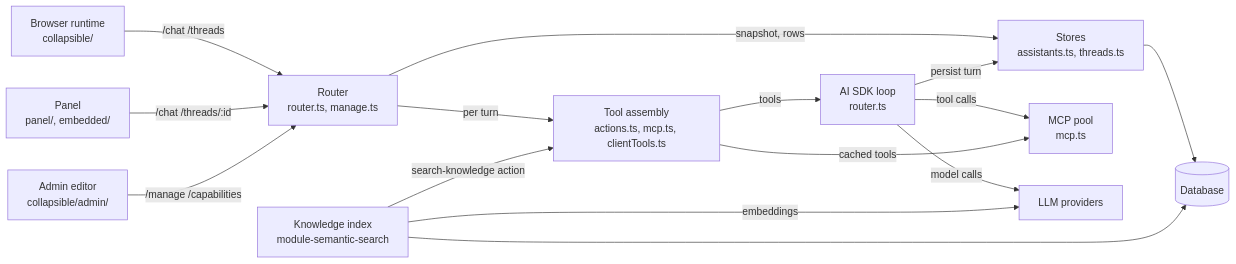
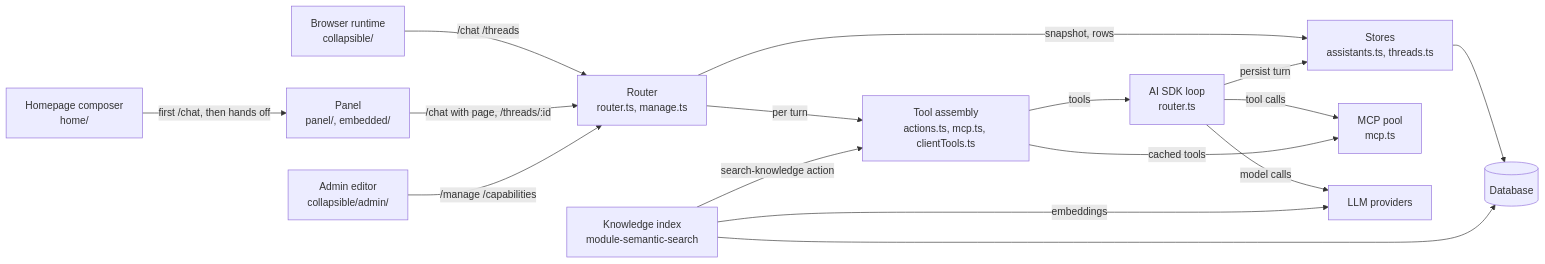
The first of 7 diagrams in docs/architecture.md (drewswiredin/backstage-assistants), drawn with Mermaid before and after one commit. The commit also changed other lines of this file and 6 other files, not shown here.

First line of the commit message:
docs: the panel, page context, and homepage composer across every README and the architecture

````diff
--- a/docs/architecture.md
+++ b/docs/architecture.md
@@ -25,28 +27,30 @@
 ```mermaid
 flowchart LR
   RT["Browser runtime\ncollapsible/"]
   PN["Panel\npanel/, embedded/"]
+  HO["Homepage composer\nhome/"]
   ED["Admin editor\ncollapsible/admin/"]
   RO["Router\nrouter.ts, manage.ts"]
   TA["Tool assembly\nactions.ts, mcp.ts, clientTools.ts"]
   LP["AI SDK loop\nrouter.ts"]
   ST["Stores\nassistants.ts, threads.ts"]
   MP["MCP pool\nmcp.ts"]
   KI["Knowledge index\nmodule-semantic-search"]
   DB[("Database")]
   PV["LLM providers"]
   RT -->|"/chat /threads"| RO
-  PN -->|"/chat /threads/:id"| RO
+  PN -->|"/chat with page, /threads/:id"| RO
+  HO -->|"first /chat, then hands off"| PN
   ED -->|"/manage /capabilities"| RO
   RO -->|"per turn"| TA
   TA -->|"tools"| LP
   RO -->|"snapshot, rows"| ST
   LP -->|"persist turn"| ST
   LP -->|"model calls"| PV
   LP -->|"tool calls"| MP
   TA -->|"cached tools"| MP
   ST --> DB
   KI -->|"search-knowledge action"| TA
   KI -->|"embeddings"| PV
   KI --> DB
 ```
````
